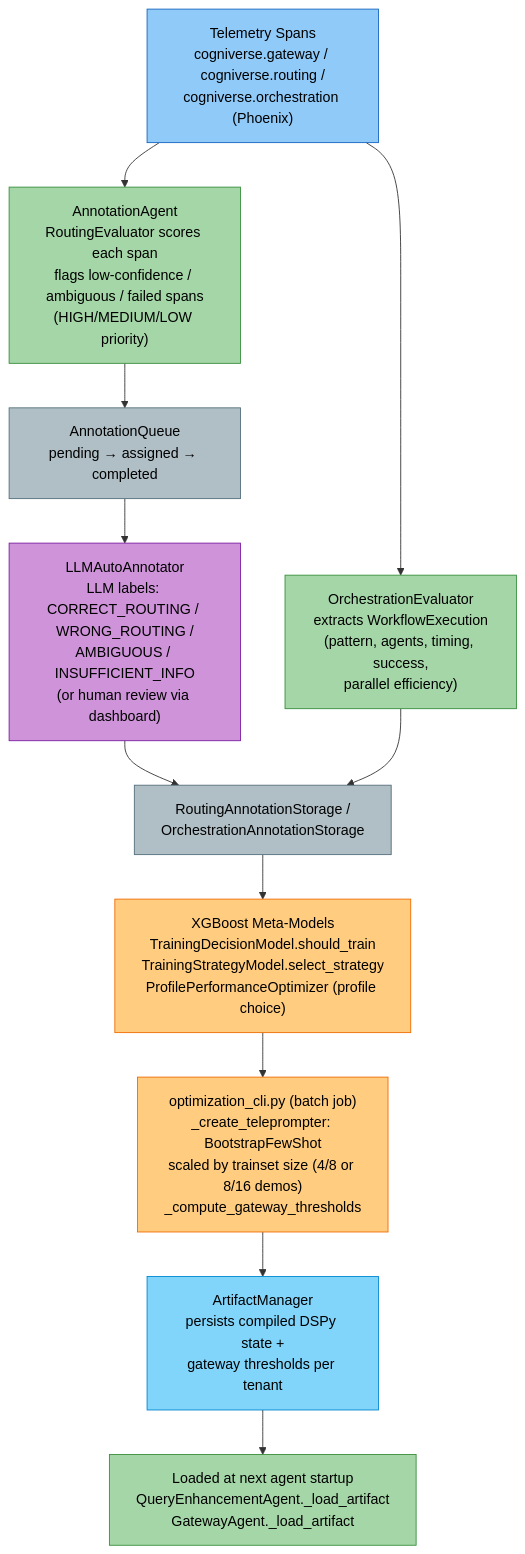
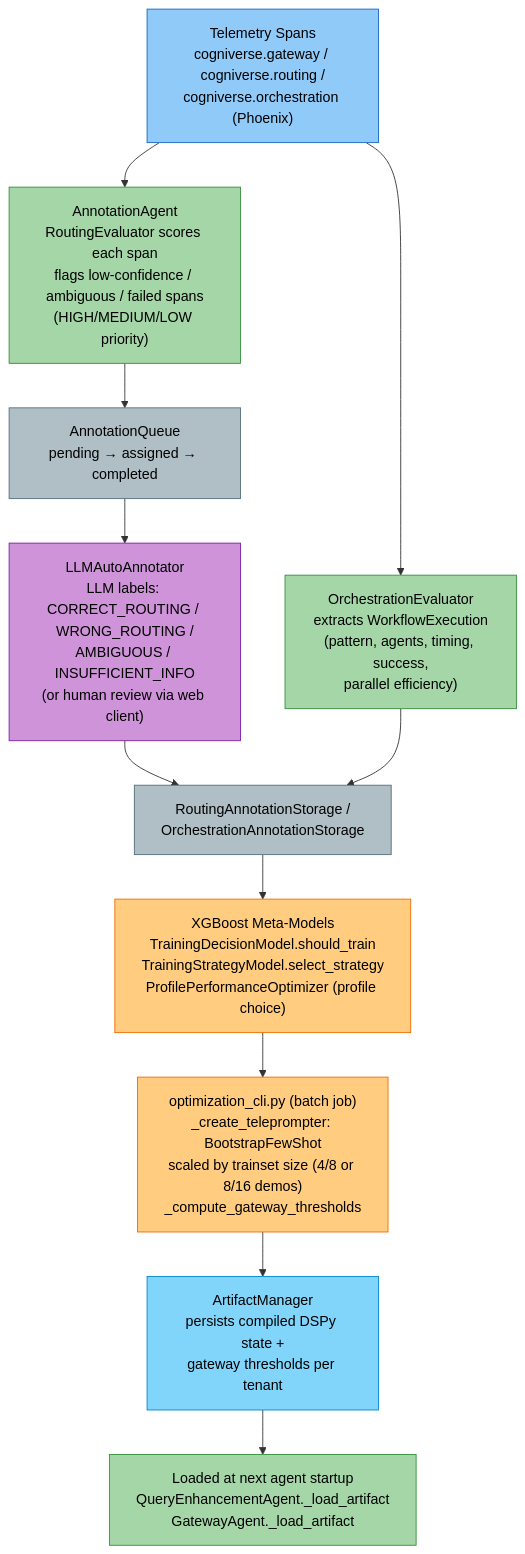
Before and after one commit to amit-jain/cogniverse: the second of 4 diagrams in docs/modules/routing.md, drawn with Mermaid. The commit also changed other lines of this file and 241 other files, not shown here.

````diff
--- a/docs/modules/routing.md
+++ b/docs/modules/routing.md
@@ -107,44 +107,44 @@
 ```mermaid
 flowchart TB
     Spans["<span style='color:#000'>Telemetry Spans<br/>cogniverse.gateway / cogniverse.routing /<br/>cogniverse.orchestration (Phoenix)</span>"]
 
     AnnotationAgent["<span style='color:#000'>AnnotationAgent<br/>RoutingEvaluator scores each span<br/>flags low-confidence / ambiguous / failed spans<br/>(HIGH/MEDIUM/LOW priority)</span>"]
 
     OrchEvaluator["<span style='color:#000'>OrchestrationEvaluator<br/>extracts WorkflowExecution<br/>(pattern, agents, timing, success,<br/>parallel efficiency)</span>"]
 
     Queue["<span style='color:#000'>AnnotationQueue<br/>pending → assigned → completed</span>"]
 
-    AutoAnnotator["<span style='color:#000'>LLMAutoAnnotator<br/>LLM labels: CORRECT_ROUTING / WRONG_ROUTING /<br/>AMBIGUOUS / INSUFFICIENT_INFO<br/>(or human review via dashboard)</span>"]
+    AutoAnnotator["<span style='color:#000'>LLMAutoAnnotator<br/>LLM labels: CORRECT_ROUTING / WRONG_ROUTING /<br/>AMBIGUOUS / INSUFFICIENT_INFO<br/>(or human review via web client)</span>"]
 
     Storage["<span style='color:#000'>RoutingAnnotationStorage /<br/>OrchestrationAnnotationStorage</span>"]
 
     Meta["<span style='color:#000'>XGBoost Meta-Models<br/>TrainingDecisionModel.should_train<br/>TrainingStrategyModel.select_strategy<br/>ProfilePerformanceOptimizer (profile choice)</span>"]
 
     CLI["<span style='color:#000'>optimization_cli.py (batch job)<br/>_create_teleprompter: BootstrapFewShot<br/>scaled by trainset size (4/8 or 8/16 demos)<br/>_compute_gateway_thresholds</span>"]
 
     Artifact["<span style='color:#000'>ArtifactManager<br/>persists compiled DSPy state +<br/>gateway thresholds per tenant</span>"]
 
     Loaded["<span style='color:#000'>Loaded at next agent startup<br/>QueryEnhancementAgent._load_artifact<br/>GatewayAgent._load_artifact</span>"]
 
     Spans --> AnnotationAgent
     Spans --> OrchEvaluator
     AnnotationAgent --> Queue
     Queue --> AutoAnnotator
     AutoAnnotator --> Storage
     OrchEvaluator --> Storage
     Storage --> Meta
     Meta --> CLI
     CLI --> Artifact
     Artifact --> Loaded
 
     style Spans fill:#90caf9,stroke:#1565c0,color:#000
     style AnnotationAgent fill:#a5d6a7,stroke:#388e3c,color:#000
     style OrchEvaluator fill:#a5d6a7,stroke:#388e3c,color:#000
     style Queue fill:#b0bec5,stroke:#546e7a,color:#000
     style AutoAnnotator fill:#ce93d8,stroke:#7b1fa2,color:#000
     style Storage fill:#b0bec5,stroke:#546e7a,color:#000
     style Meta fill:#ffcc80,stroke:#ef6c00,color:#000
     style CLI fill:#ffcc80,stroke:#ef6c00,color:#000
     style Artifact fill:#81d4fa,stroke:#0288d1,color:#000
     style Loaded fill:#a5d6a7,stroke:#388e3c,color:#000
 ```
````
